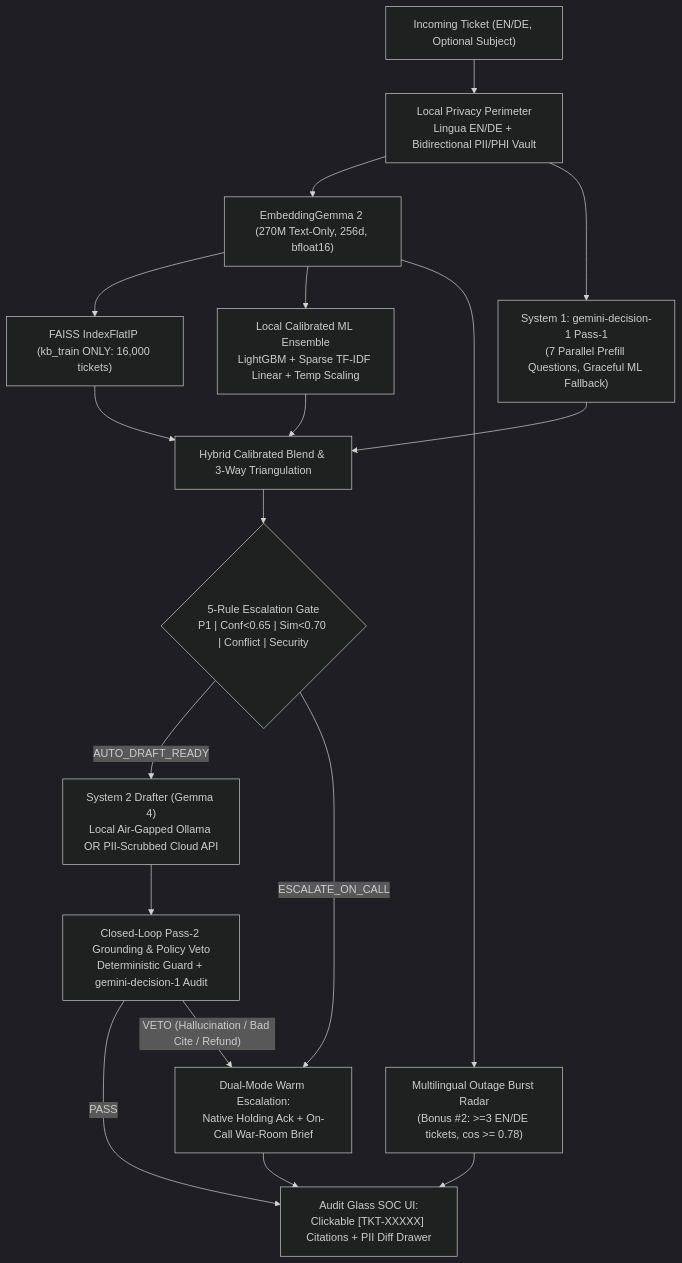
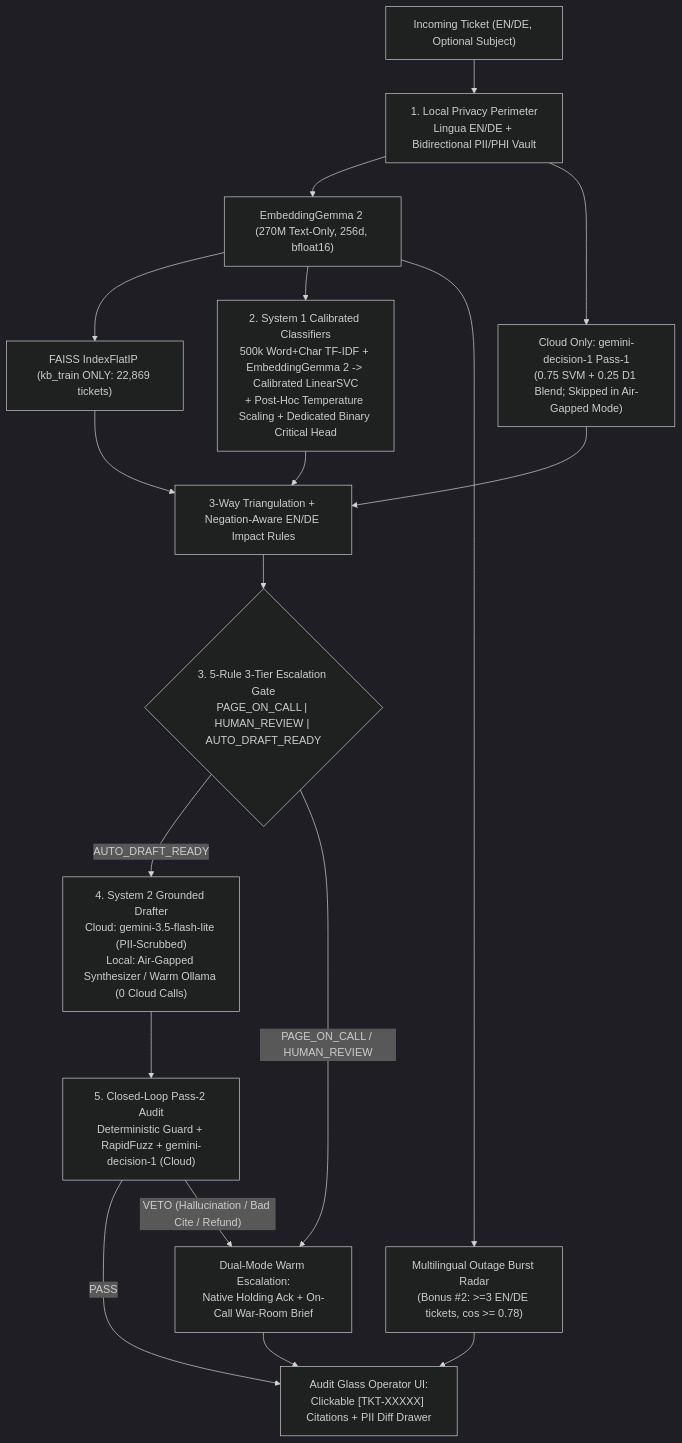
Before and after one commit to Fredess74/sentineldesk-helios-ops: the diagram in README.md, drawn with Mermaid (dark theme). The commit also changed other lines of this file and 30 other files, not shown here.

Commit message:
v3: Simplify & boost triage (Calibrated LinearSVC + EmbeddingGemma 2), strict Air-Gapped vs Cloud isolation, 3-tier routing & business story

````diff
--- a/README.md
+++ b/README.md
@@ -13,20 +16,20 @@
 ```mermaid
 flowchart TD
-    A["Incoming Ticket (EN/DE, Optional Subject)"] --> B["Local Privacy Perimeter<br/>Lingua EN/DE + Bidirectional PII/PHI Vault"]
+    A["Incoming Ticket (EN/DE, Optional Subject)"] --> B["1. Local Privacy Perimeter<br/>Lingua EN/DE + Bidirectional PII/PHI Vault"]
     B --> C["EmbeddingGemma 2 (270M Text-Only, 256d, bfloat16)"]
-    C --> D["FAISS IndexFlatIP (kb_train ONLY: 16,000 tickets)"]
-    C --> E["Local Calibrated ML Ensemble<br/>LightGBM + Sparse TF-IDF Linear + Temp Scaling"]
-    B --> F["System 1: gemini-decision-1 Pass-1<br/>(7 Parallel Prefill Questions, Graceful ML Fallback)"]
+    C --> D["FAISS IndexFlatIP (kb_train ONLY: 22,869 tickets)"]
+    C --> E["2. System 1 Calibrated Classifiers<br/>500k Word+Char TF-IDF + EmbeddingGemma 2 -> Calibrated LinearSVC<br/>+ Post-Hoc Temperature Scaling + Dedicated Binary Critical Head"]
+    B --> F["Cloud Only: gemini-decision-1 Pass-1<br/>(0.75 SVM + 0.25 D1 Blend; Skipped in Air-Gapped Mode)"]
     C --> G["Multilingual Outage Burst Radar<br/>(Bonus #2: >=3 EN/DE tickets, cos >= 0.78)"]
-    E --> H["Hybrid Calibrated Blend & 3-Way Triangulation"]
+    E --> H["3-Way Triangulation + Negation-Aware EN/DE Impact Rules"]
     F --> H
     D --> H
-    H --> I{"5-Rule Escalation Gate<br/>P1 | Conf<0.65 | Sim<0.70 | Conflict | Security"}
-    I -- "AUTO_DRAFT_READY" --> J["System 2 Drafter (Gemma 4)<br/>Local Air-Gapped Ollama OR PII-Scrubbed Cloud API"]
-    I -- "ESCALATE_ON_CALL" --> K["Dual-Mode Warm Escalation:<br/>Native Holding Ack + On-Call War-Room Brief"]
-    J --> L["Closed-Loop Pass-2 Grounding & Policy Veto<br/>Deterministic Guard + gemini-decision-1 Audit"]
-    L -- "PASS" --> M["Audit Glass SOC UI:<br/>Clickable [TKT-XXXXX] Citations + PII Diff Drawer"]
+    H --> I{"3. 5-Rule 3-Tier Escalation Gate<br/>PAGE_ON_CALL | HUMAN_REVIEW | AUTO_DRAFT_READY"}
+    I -- "AUTO_DRAFT_READY" --> J["4. System 2 Grounded Drafter<br/>Cloud: gemini-3.5-flash-lite (PII-Scrubbed)<br/>Local: Air-Gapped Synthesizer / Warm Ollama (0 Cloud Calls)"]
+    I -- "PAGE_ON_CALL / HUMAN_REVIEW" --> K["Dual-Mode Warm Escalation:<br/>Native Holding Ack + On-Call War-Room Brief"]
+    J --> L["5. Closed-Loop Pass-2 Audit<br/>Deterministic Guard + RapidFuzz + gemini-decision-1 (Cloud)"]
+    L -- "PASS" --> M["Audit Glass Operator UI:<br/>Clickable [TKT-XXXXX] Citations + PII Diff Drawer"]
     L -- "VETO (Hallucination / Bad Cite / Refund)" --> K
     K --> M
     G --> M
 ```
````
